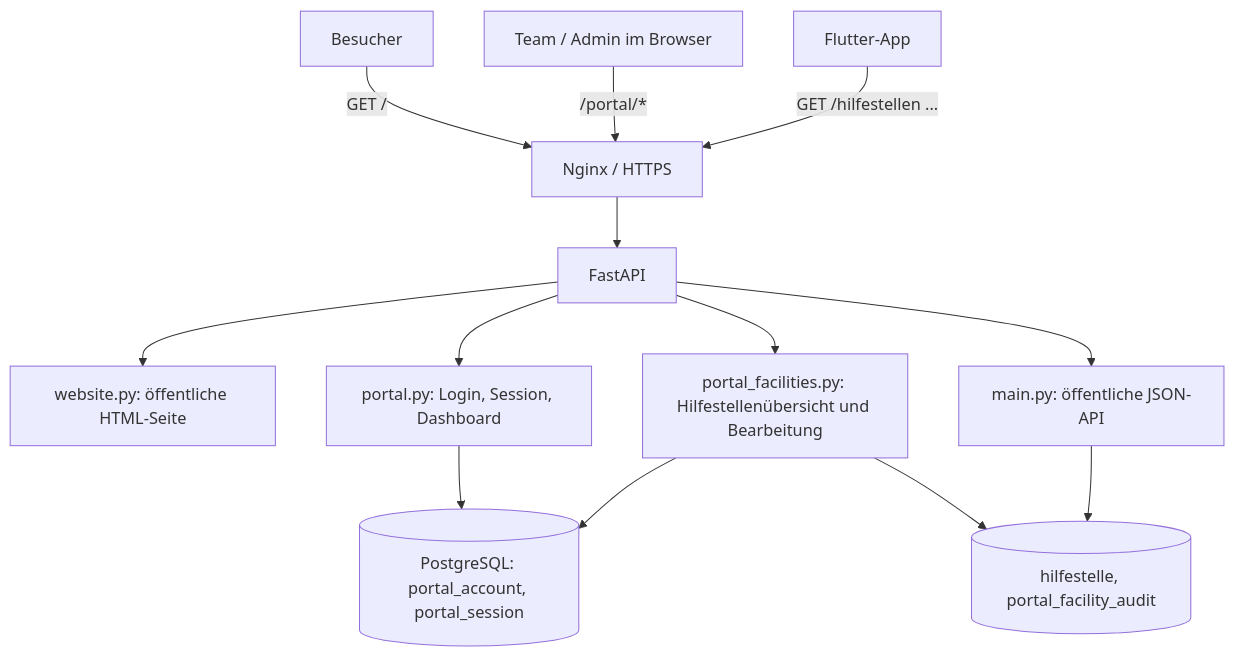
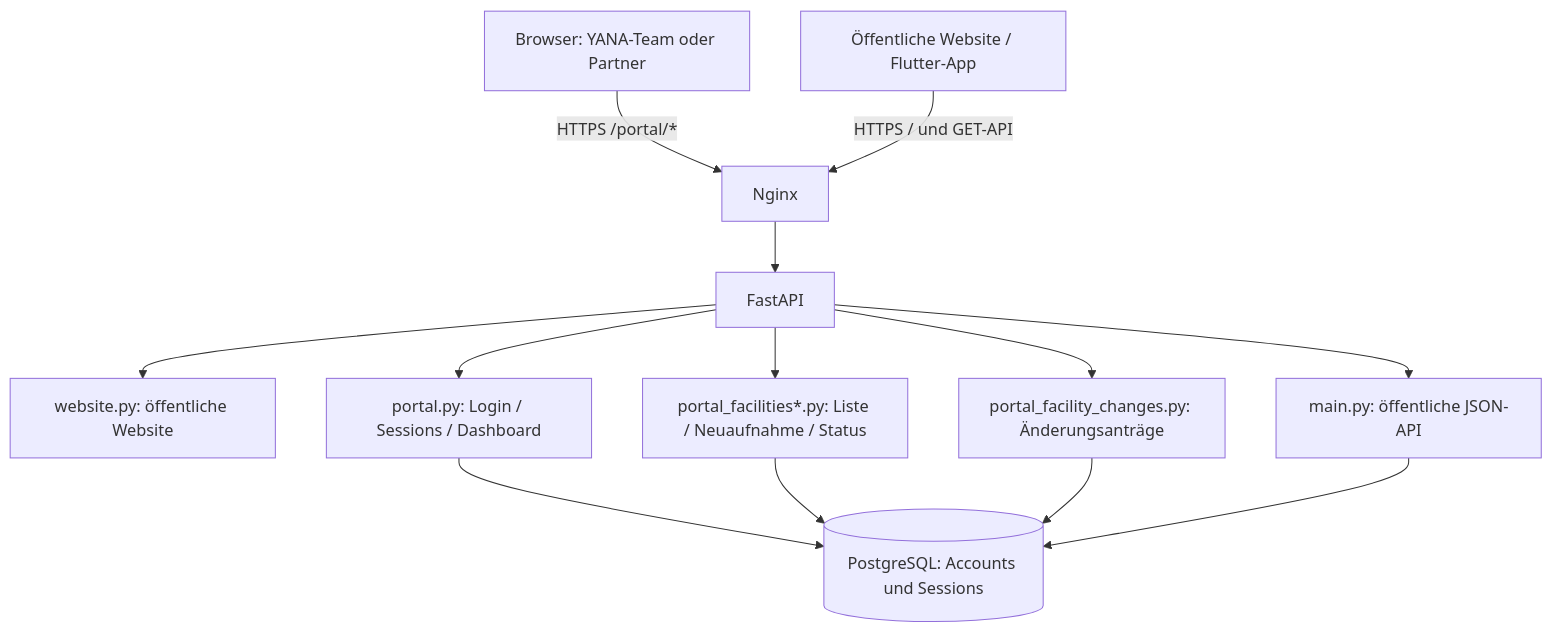
The first of 3 diagrams in docs/technik/teamportal-architektur.md (Pferdusmaximus/YANA-A-B-S), drawn with Mermaid before and after one commit. The commit also changed other lines of this file and 24 other files, not shown here.

````diff
--- a/docs/technik/teamportal-architektur.md
+++ b/docs/technik/teamportal-architektur.md
@@ -24,15 +27,15 @@
 ```mermaid
 flowchart TB
-    V[Besucher] -->|GET /| NG[Nginx / HTTPS]
-    A[Team / Admin im Browser] -->|/portal/*| NG
-    M[Flutter-App] -->|GET /hilfestellen ...| NG
-    NG --> API[FastAPI]
-    API --> W[website.py: öffentliche HTML-Seite]
-    API --> P[portal.py: Login, Session, Dashboard]
-    API --> H[portal_facilities.py: Hilfestellenübersicht und Bearbeitung]
-    API --> PUB[main.py: öffentliche JSON-API]
-    P --> DB[(PostgreSQL: portal_account, portal_session)]
-    H --> DB
-    H --> HF[(hilfestelle, portal_facility_audit)]
-    PUB --> HF
+    B[Browser: YANA-Team oder Partner] -->|HTTPS /portal/*| N[Nginx]
+    V[Öffentliche Website / Flutter-App] -->|HTTPS / und GET-API| N
+    N --> A[FastAPI]
+    A --> W[website.py: öffentliche Website]
+    A --> P[portal.py: Login / Sessions / Dashboard]
+    A --> H[portal_facilities*.py: Liste / Neuaufnahme / Status]
+    A --> C[portal_facility_changes.py: Änderungsanträge]
+    A --> J[main.py: öffentliche JSON-API]
+    P --> D[(PostgreSQL: Accounts und Sessions)]
+    H --> D
+    C --> D
+    J --> D
 ```
````
